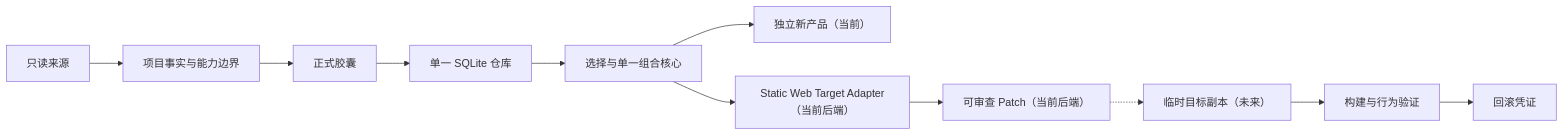
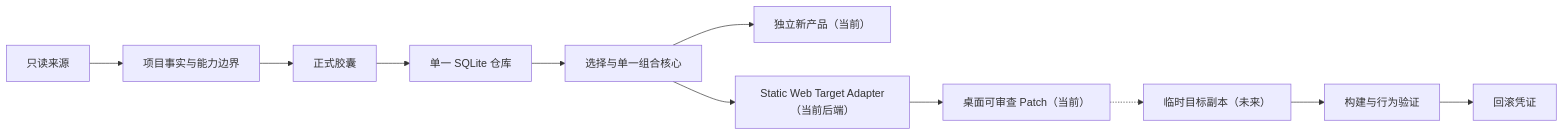
One commit to chenjinnan82-stack/Reweave-lite changed the diagram in docs/REWEAVE_PRODUCT_NORTH_STAR.md. Above: the diagram before and after it, drawn with Mermaid. The commit also changed other lines of this file and 12 other files, not shown here.

````diff
--- a/docs/REWEAVE_PRODUCT_NORTH_STAR.md
+++ b/docs/REWEAVE_PRODUCT_NORTH_STAR.md
@@ -101,13 +103,13 @@
 ```mermaid
 flowchart LR
   A["只读来源"] --> B["项目事实与能力边界"]
   B --> C["正式胶囊"]
   C --> D["单一 SQLite 仓库"]
   D --> E["选择与单一组合核心"]
   E --> F["独立新产品（当前）"]
   E --> G["Static Web Target Adapter（当前后端）"]
-  G --> J["可审查 Patch（当前后端）"]
+  G --> J["桌面可审查 Patch（当前）"]
   J -.-> H["临时目标副本（未来）"]
   H --> I["构建与行为验证"]
   I --> K["回滚凭证"]
 ```
````
